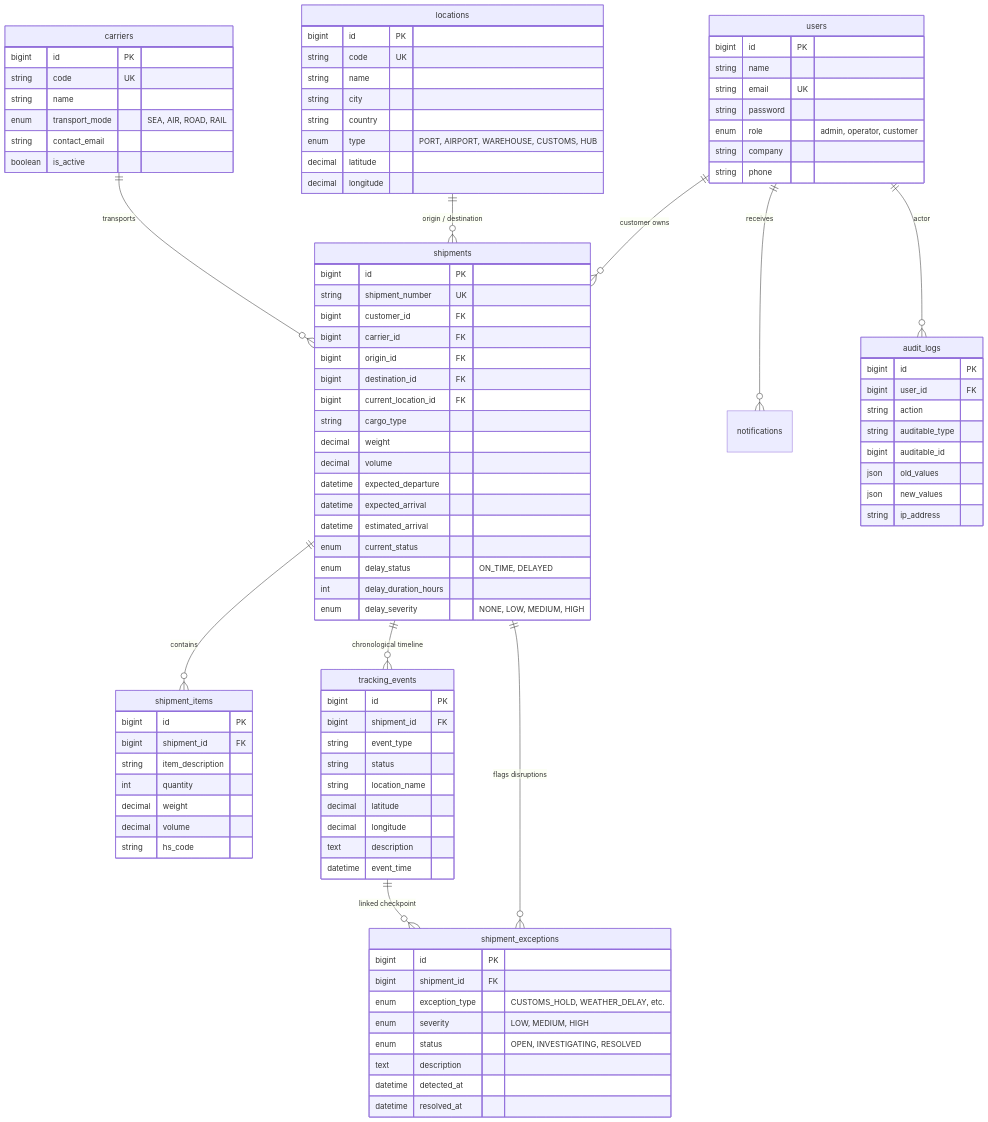
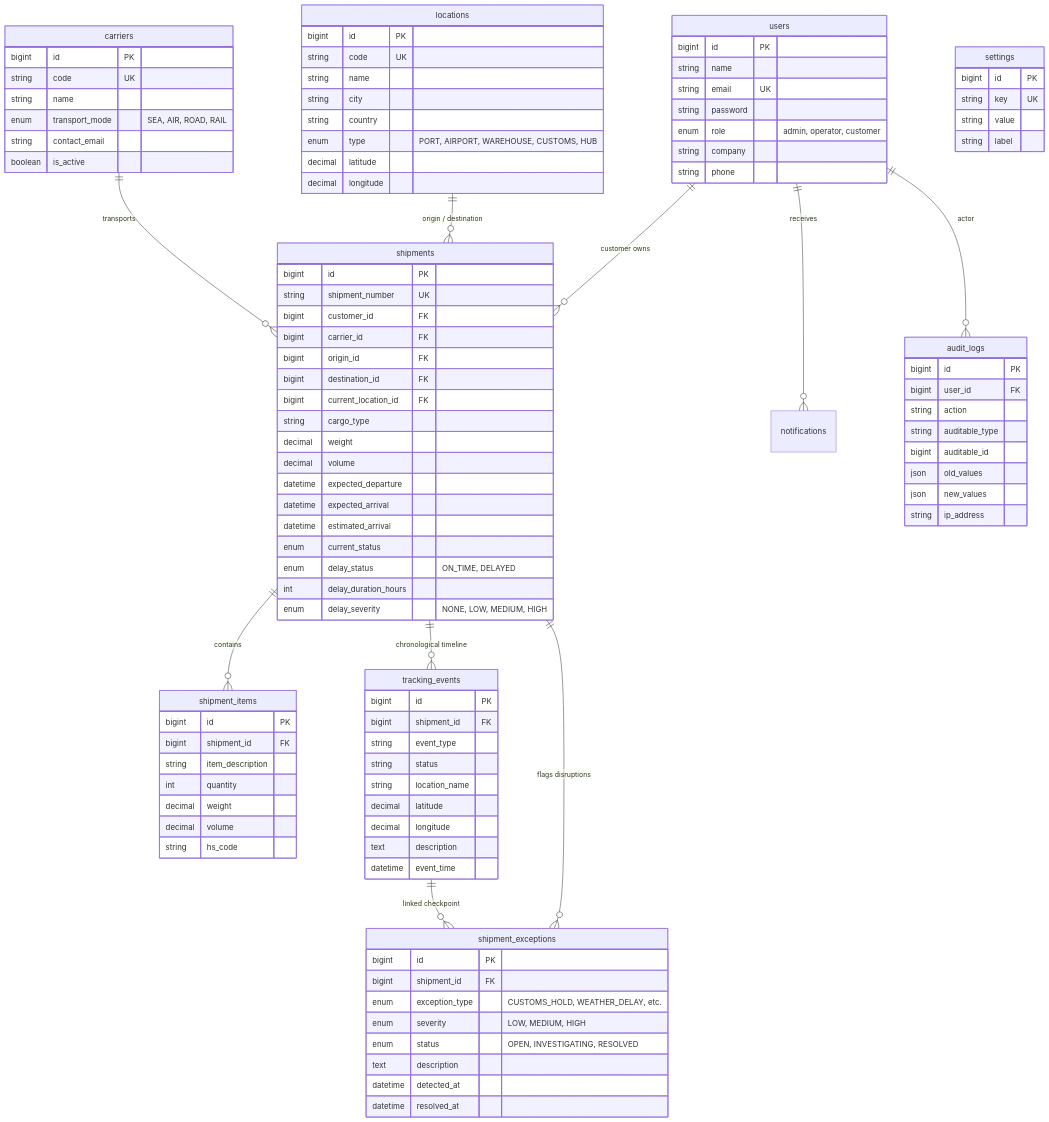
One commit to azkyyyt/cargotrace changed the second of 2 diagrams in README.md. Above: the diagram before and after it, drawn with Mermaid. The commit also changed other lines of this file and 38 other files, not shown here.

````diff
--- a/README.md
+++ b/README.md
@@ -236,4 +243,11 @@
         json new_values
         string ip_address
     }
+
+    settings {
+        bigint id PK
+        string key UK
+        string value
+        string label
+    }
 ```
````
